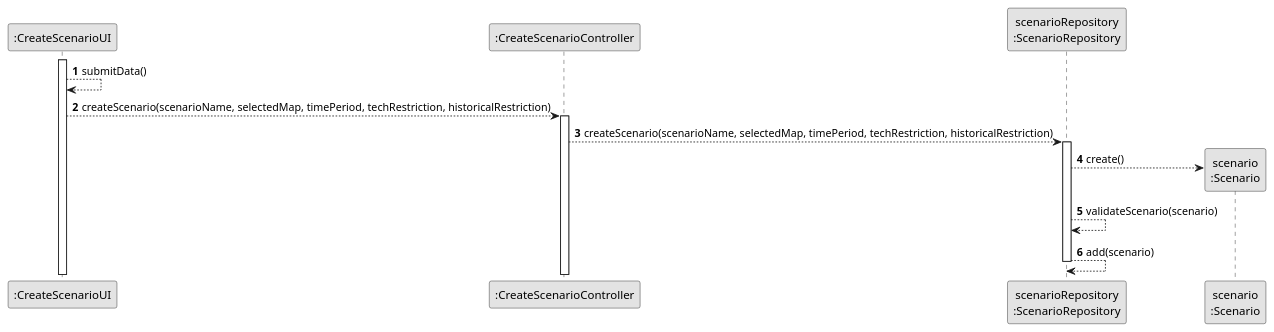
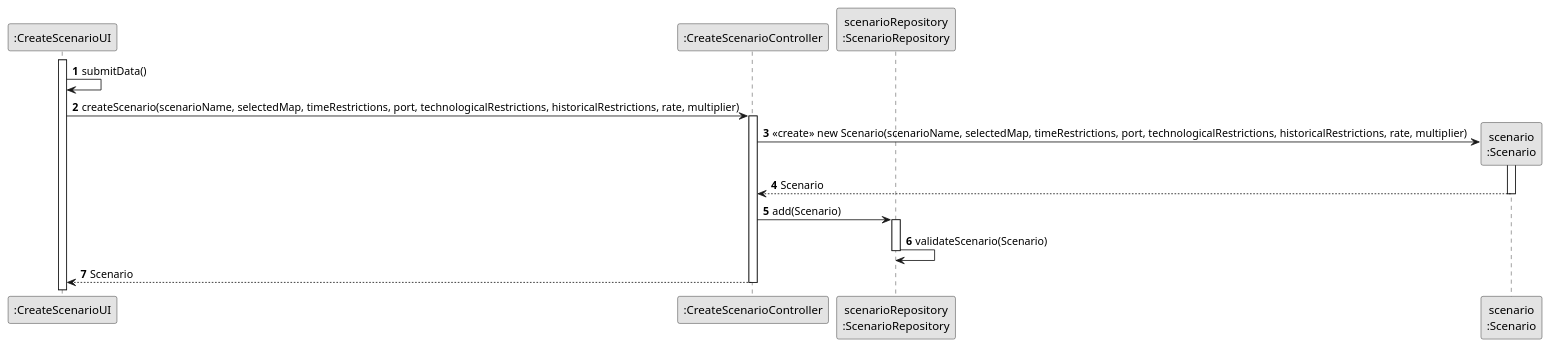
The diagram in docs/system-documentation/US004/03.design/puml/US004-Partial-SD-create.puml (goncalolopesp/sem2-pi-24.25-g093-repo), drawn with PlantUML before and after one commit. The commit also changed 5 other files, not shown here.

Commit message:
US004 (docs) - Updated partial sequence diagrams

```diff
--- a/docs/system-documentation/US004/03.design/puml/US004-Partial-SD-create.puml
+++ b/docs/system-documentation/US004/03.design/puml/US004-Partial-SD-create.puml
@@ -1,28 +1,36 @@
 @startuml
 skinparam monochrome true
 skinparam packageStyle rectangle
 skinparam shadowing false
 
 autonumber
 
 participant ":CreateScenarioUI" as CreateScenarioUI
 
 participant ":CreateScenarioController" as CreateScenarioController
 participant "scenarioRepository\n:ScenarioRepository" as scenarioRepository
 
 activate CreateScenarioUI
-CreateScenarioUI --> CreateScenarioUI : submitData()
-    CreateScenarioUI --> CreateScenarioController : createScenario(scenarioName, selectedMap, timePeriod, techRestriction, historicalRestriction)
+
+CreateScenarioUI -> CreateScenarioUI : submitData()
+    CreateScenarioUI -> CreateScenarioController : createScenario(scenarioName, selectedMap, timeRestrictions, port, technologicalRestrictions, historicalRestrictions, rate, multiplier)
     activate CreateScenarioController
-
-    CreateScenarioController --> scenarioRepository : createScenario(scenarioName, selectedMap, timePeriod, techRestriction, historicalRestriction)
-    activate scenarioRepository
 
     create "scenario\n:Scenario" as Scenario
 
-    scenarioRepository --> Scenario : create()
-    scenarioRepository --> scenarioRepository : validateScenario(scenario)
-    scenarioRepository --> scenarioRepository : add(scenario)
+    CreateScenarioController -> Scenario : <<create>> new Scenario(scenarioName, selectedMap, timeRestrictions, port, technologicalRestrictions, historicalRestrictions, rate, multiplier)
+    activate Scenario
+
+    Scenario --> CreateScenarioController : Scenario
+    deactivate Scenario
+
+    CreateScenarioController -> scenarioRepository : add(Scenario)
+    activate scenarioRepository
+
+    scenarioRepository -> scenarioRepository : validateScenario(Scenario)
     deactivate scenarioRepository
 
+    CreateScenarioController --> CreateScenarioUI : Scenario
+    deactivate CreateScenarioController
+
 @enduml
```
